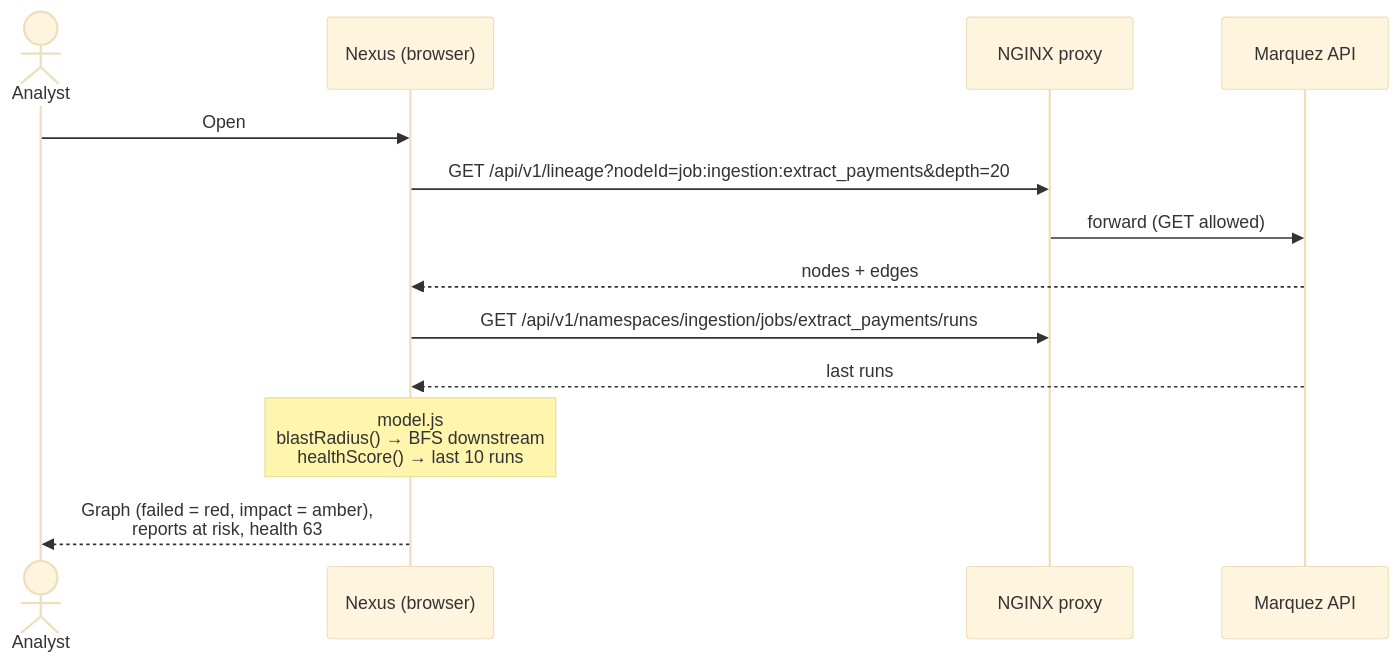
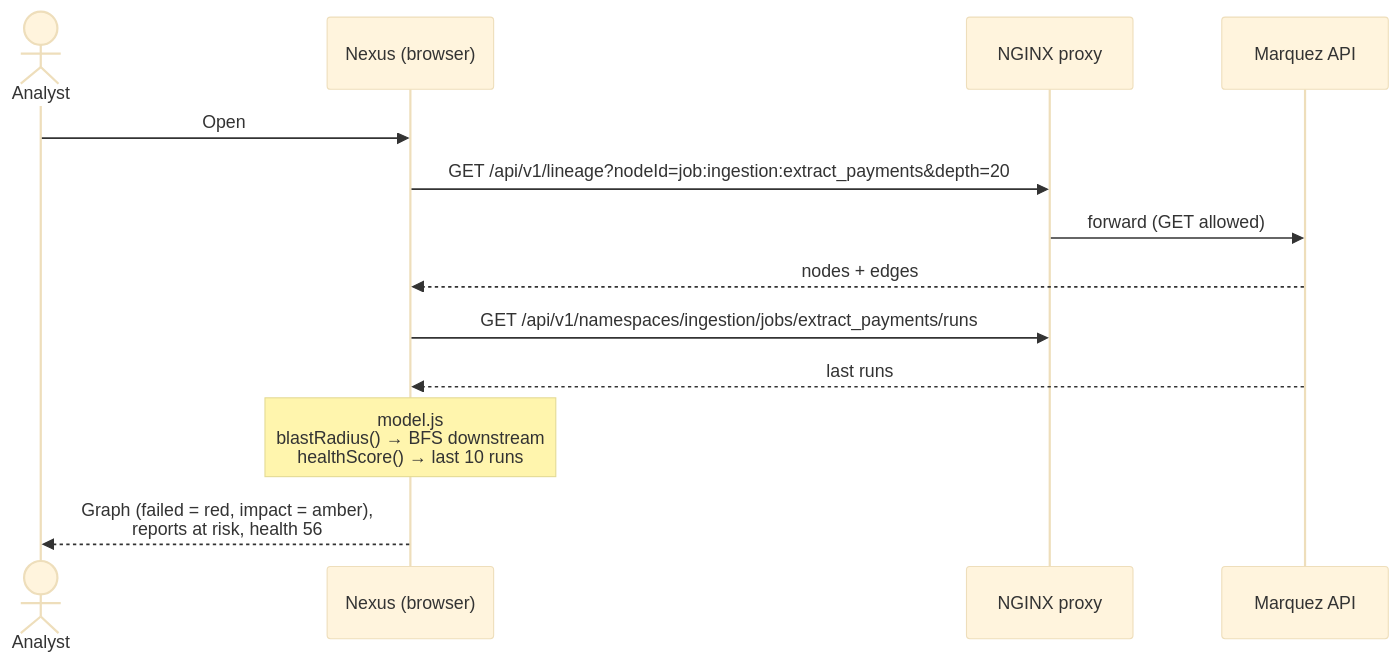
Before and after one commit to AyanbergenSaduakassov07/nexus: the second of 4 diagrams in README.md, drawn with Mermaid (base theme). The commit also changed other lines of this file and 16 other files, not shown here.

````diff
--- a/README.md
+++ b/README.md
@@ -110,16 +112,16 @@
 ```mermaid
 sequenceDiagram
     actor U as Analyst
     participant N as Nexus (browser)
     participant X as NGINX proxy
     participant M as Marquez API
 
     U->>N: Open #lineage?kind=job&name=extract_payments
     N->>X: GET /api/v1/lineage?nodeId=job:ingestion:extract_payments&depth=20
     X->>M: forward (GET allowed)
     M-->>N: nodes + edges
     N->>X: GET /api/v1/namespaces/ingestion/jobs/extract_payments/runs
     M-->>N: last runs
     Note over N: model.js<br/>blastRadius() → BFS downstream<br/>healthScore() → last 10 runs
-    N-->>U: Graph (failed = red, impact = amber),<br/>reports at risk, health 63
+    N-->>U: Graph (failed = red, impact = amber),<br/>reports at risk, health 56
 ```
````
